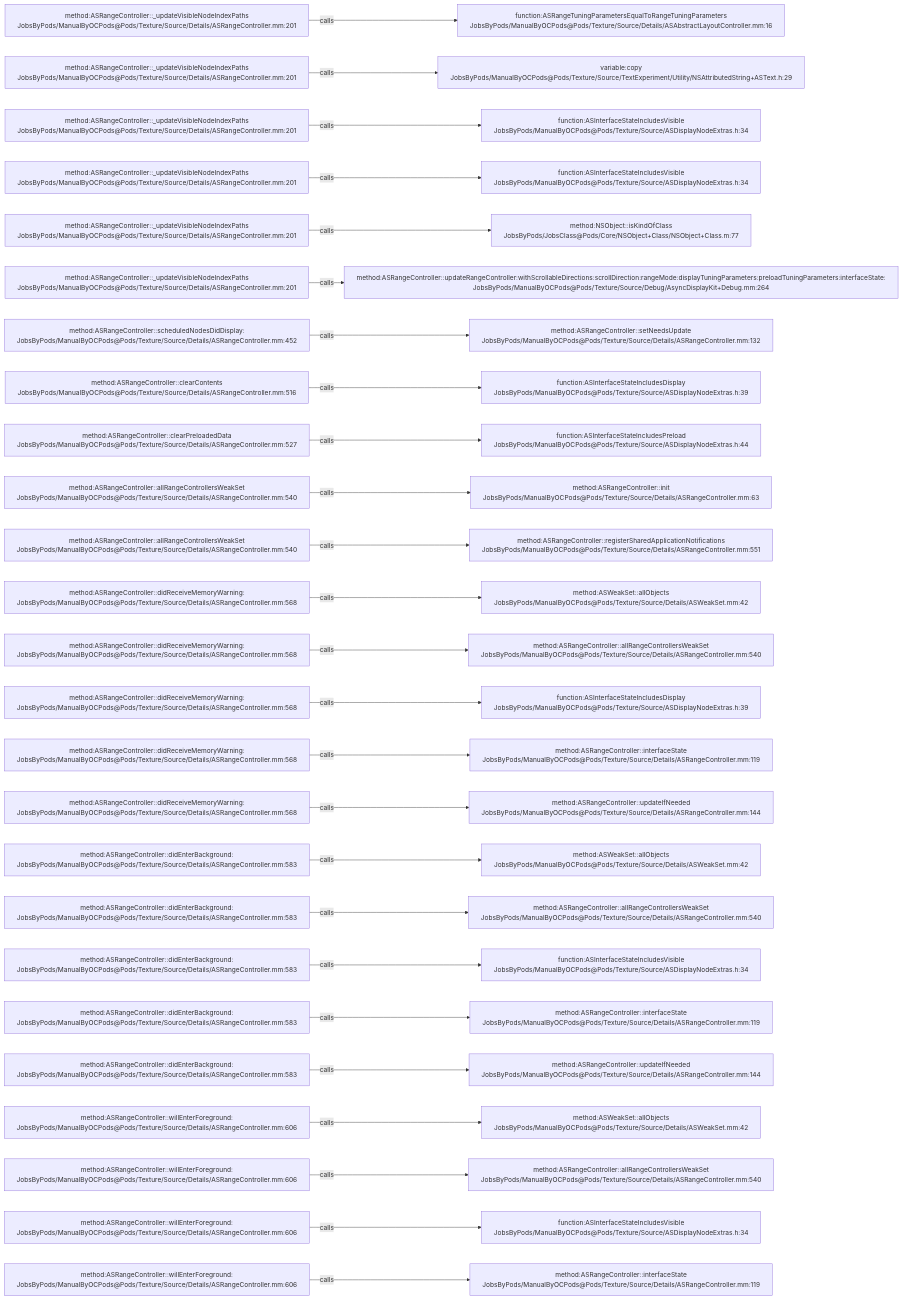
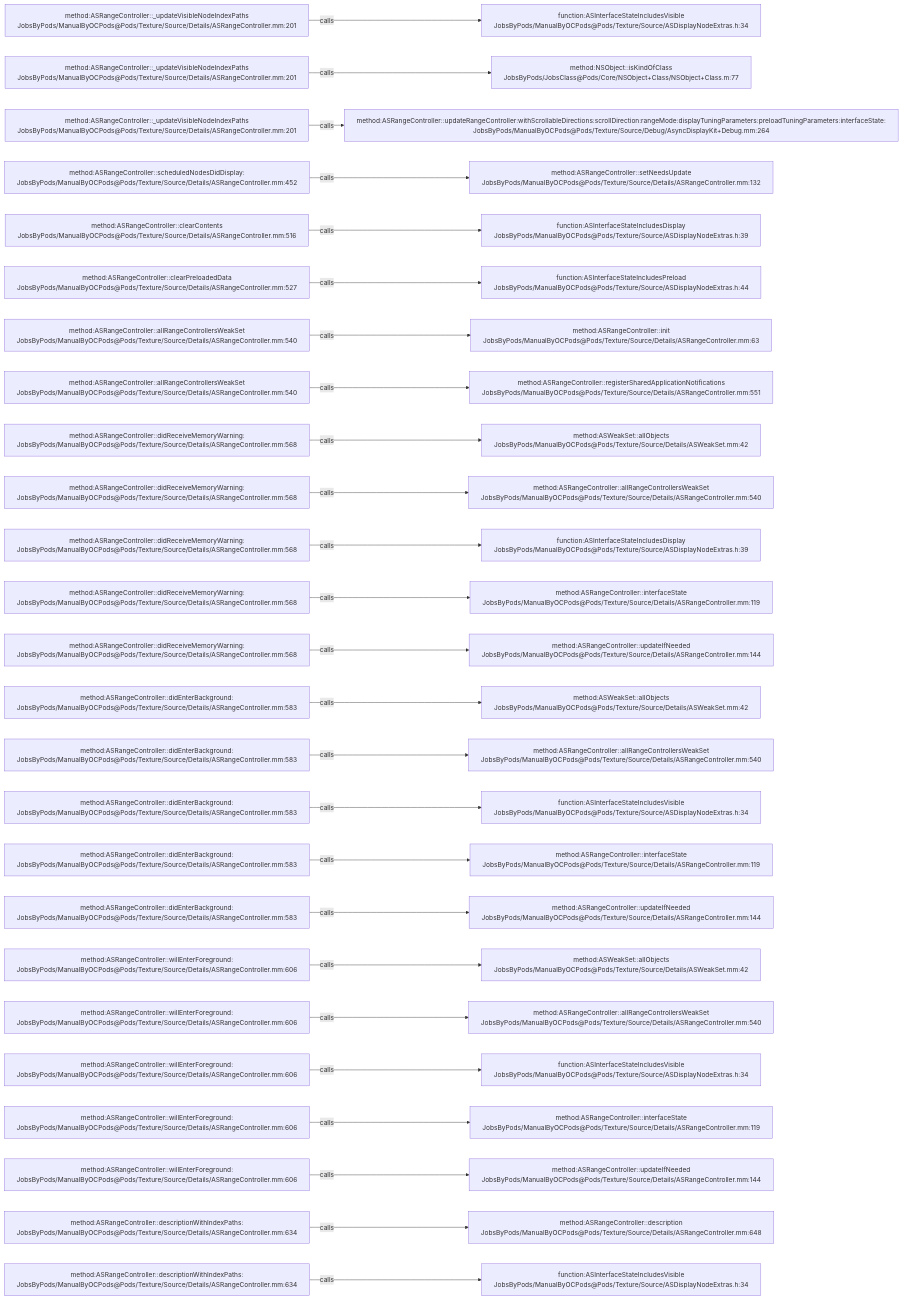
The diagram in .codegraph/codegraph.md/graphs/calls-166.md (JobsKits/JobsOCBaseConfigDemo), drawn with Mermaid before and after one commit. The commit also changed 342 other files, not shown here.

````diff
--- a/.codegraph/codegraph.md/graphs/calls-166.md
+++ b/.codegraph/codegraph.md/graphs/calls-166.md
@@ -13,78 +13,78 @@
 ```mermaid
 flowchart LR
   S1["method:ASRangeController::_updateVisibleNodeIndexPaths<br/>JobsByPods/ManualByOCPods@Pods/Texture/Source/Details/ASRangeController.mm:201"]
-  T1["function:ASRangeTuningParametersEqualToRangeTuningParameters<br/>JobsByPods/ManualByOCPods@Pods/Texture/Source/Details/ASAbstractLayoutController.mm:16"]
+  T1["function:ASInterfaceStateIncludesVisible<br/>JobsByPods/ManualByOCPods@Pods/Texture/Source/ASDisplayNodeExtras.h:34"]
   S1 -->|calls| T1
   S2["method:ASRangeController::_updateVisibleNodeIndexPaths<br/>JobsByPods/ManualByOCPods@Pods/Texture/Source/Details/ASRangeController.mm:201"]
-  T2["variable:copy<br/>JobsByPods/ManualByOCPods@Pods/Texture/Source/TextExperiment/Utility/NSAttributedString+ASText.h:29"]
+  T2["method:NSObject::isKindOfClass<br/>JobsByPods/JobsClass@Pods/Core/NSObject+Class/NSObject+Class.m:77"]
   S2 -->|calls| T2
   S3["method:ASRangeController::_updateVisibleNodeIndexPaths<br/>JobsByPods/ManualByOCPods@Pods/Texture/Source/Details/ASRangeController.mm:201"]
-  T3["function:ASInterfaceStateIncludesVisible<br/>JobsByPods/ManualByOCPods@Pods/Texture/Source/ASDisplayNodeExtras.h:34"]
+  T3["method:ASRangeController::updateRangeController:withScrollableDirections:scrollDirection:rangeMode:displayTuningParameters:preloadTuningParameters:interfaceState:<br/>JobsByPods/ManualByOCPods@Pods/Texture/Source/Debug/AsyncDisplayKit+Debug.mm:264"]
   S3 -->|calls| T3
-  S4["method:ASRangeController::_updateVisibleNodeIndexPaths<br/>JobsByPods/ManualByOCPods@Pods/Texture/Source/Details/ASRangeController.mm:201"]
-  T4["function:ASInterfaceStateIncludesVisible<br/>JobsByPods/ManualByOCPods@Pods/Texture/Source/ASDisplayNodeExtras.h:34"]
+  S4["method:ASRangeController::scheduledNodesDidDisplay:<br/>JobsByPods/ManualByOCPods@Pods/Texture/Source/Details/ASRangeController.mm:452"]
+  T4["method:ASRangeController::setNeedsUpdate<br/>JobsByPods/ManualByOCPods@Pods/Texture/Source/Details/ASRangeController.mm:132"]
   S4 -->|calls| T4
-  S5["method:ASRangeController::_updateVisibleNodeIndexPaths<br/>JobsByPods/ManualByOCPods@Pods/Texture/Source/Details/ASRangeController.mm:201"]
-  T5["method:NSObject::isKindOfClass<br/>JobsByPods/JobsClass@Pods/Core/NSObject+Class/NSObject+Class.m:77"]
+  S5["method:ASRangeController::clearContents<br/>JobsByPods/ManualByOCPods@Pods/Texture/Source/Details/ASRangeController.mm:516"]
+  T5["function:ASInterfaceStateIncludesDisplay<br/>JobsByPods/ManualByOCPods@Pods/Texture/Source/ASDisplayNodeExtras.h:39"]
   S5 -->|calls| T5
-  S6["method:ASRangeController::_updateVisibleNodeIndexPaths<br/>JobsByPods/ManualByOCPods@Pods/Texture/Source/Details/ASRangeController.mm:201"]
-  T6["method:ASRangeController::updateRangeController:withScrollableDirections:scrollDirection:rangeMode:displayTuningParameters:preloadTuningParameters:interfaceState:<br/>JobsByPods/ManualByOCPods@Pods/Texture/Source/Debug/AsyncDisplayKit+Debug.mm:264"]
+  S6["method:ASRangeController::clearPreloadedData<br/>JobsByPods/ManualByOCPods@Pods/Texture/Source/Details/ASRangeController.mm:527"]
+  T6["function:ASInterfaceStateIncludesPreload<br/>JobsByPods/ManualByOCPods@Pods/Texture/Source/ASDisplayNodeExtras.h:44"]
   S6 -->|calls| T6
-  S7["method:ASRangeController::scheduledNodesDidDisplay:<br/>JobsByPods/ManualByOCPods@Pods/Texture/Source/Details/ASRangeController.mm:452"]
-  T7["method:ASRangeController::setNeedsUpdate<br/>JobsByPods/ManualByOCPods@Pods/Texture/Source/Details/ASRangeController.mm:132"]
+  S7["method:ASRangeController::allRangeControllersWeakSet<br/>JobsByPods/ManualByOCPods@Pods/Texture/Source/Details/ASRangeController.mm:540"]
+  T7["method:ASRangeController::init<br/>JobsByPods/ManualByOCPods@Pods/Texture/Source/Details/ASRangeController.mm:63"]
   S7 -->|calls| T7
-  S8["method:ASRangeController::clearContents<br/>JobsByPods/ManualByOCPods@Pods/Texture/Source/Details/ASRangeController.mm:516"]
-  T8["function:ASInterfaceStateIncludesDisplay<br/>JobsByPods/ManualByOCPods@Pods/Texture/Source/ASDisplayNodeExtras.h:39"]
+  S8["method:ASRangeController::allRangeControllersWeakSet<br/>JobsByPods/ManualByOCPods@Pods/Texture/Source/Details/ASRangeController.mm:540"]
+  T8["method:ASRangeController::registerSharedApplicationNotifications<br/>JobsByPods/ManualByOCPods@Pods/Texture/Source/Details/ASRangeController.mm:551"]
   S8 -->|calls| T8
-  S9["method:ASRangeController::clearPreloadedData<br/>JobsByPods/ManualByOCPods@Pods/Texture/Source/Details/ASRangeController.mm:527"]
-  T9["function:ASInterfaceStateIncludesPreload<br/>JobsByPods/ManualByOCPods@Pods/Texture/Source/ASDisplayNodeExtras.h:44"]
+  S9["method:ASRangeController::didReceiveMemoryWarning:<br/>JobsByPods/ManualByOCPods@Pods/Texture/Source/Details/ASRangeController.mm:568"]
+  T9["method:ASWeakSet::allObjects<br/>JobsByPods/ManualByOCPods@Pods/Texture/Source/Details/ASWeakSet.mm:42"]
   S9 -->|calls| T9
-  S10["method:ASRangeController::allRangeControllersWeakSet<br/>JobsByPods/ManualByOCPods@Pods/Texture/Source/Details/ASRangeController.mm:540"]
-  T10["method:ASRangeController::init<br/>JobsByPods/ManualByOCPods@Pods/Texture/Source/Details/ASRangeController.mm:63"]
+  S10["method:ASRangeController::didReceiveMemoryWarning:<br/>JobsByPods/ManualByOCPods@Pods/Texture/Source/Details/ASRangeController.mm:568"]
+  T10["method:ASRangeController::allRangeControllersWeakSet<br/>JobsByPods/ManualByOCPods@Pods/Texture/Source/Details/ASRangeController.mm:540"]
   S10 -->|calls| T10
-  S11["method:ASRangeController::allRangeControllersWeakSet<br/>JobsByPods/ManualByOCPods@Pods/Texture/Source/Details/ASRangeController.mm:540"]
-  T11["method:ASRangeController::registerSharedApplicationNotifications<br/>JobsByPods/ManualByOCPods@Pods/Texture/Source/Details/ASRangeController.mm:551"]
+  S11["method:ASRangeController::didReceiveMemoryWarning:<br/>JobsByPods/ManualByOCPods@Pods/Texture/Source/Details/ASRangeController.mm:568"]
+  T11["function:ASInterfaceStateIncludesDisplay<br/>JobsByPods/ManualByOCPods@Pods/Texture/Source/ASDisplayNodeExtras.h:39"]
   S11 -->|calls| T11
   S12["method:ASRangeController::didReceiveMemoryWarning:<br/>JobsByPods/ManualByOCPods@Pods/Texture/Source/Details/ASRangeController.mm:568"]
-  T12["method:ASWeakSet::allObjects<br/>JobsByPods/ManualByOCPods@Pods/Texture/Source/Details/ASWeakSet.mm:42"]
+  T12["method:ASRangeController::interfaceState<br/>JobsByPods/ManualByOCPods@Pods/Texture/Source/Details/ASRangeController.mm:119"]
   S12 -->|calls| T12
   S13["method:ASRangeController::didReceiveMemoryWarning:<br/>JobsByPods/ManualByOCPods@Pods/Texture/Source/Details/ASRangeController.mm:568"]
-  T13["method:ASRangeController::allRangeControllersWeakSet<br/>JobsByPods/ManualByOCPods@Pods/Texture/Source/Details/ASRangeController.mm:540"]
+  T13["method:ASRangeController::updateIfNeeded<br/>JobsByPods/ManualByOCPods@Pods/Texture/Source/Details/ASRangeController.mm:144"]
   S13 -->|calls| T13
-  S14["method:ASRangeController::didReceiveMemoryWarning:<br/>JobsByPods/ManualByOCPods@Pods/Texture/Source/Details/ASRangeController.mm:568"]
-  T14["function:ASInterfaceStateIncludesDisplay<br/>JobsByPods/ManualByOCPods@Pods/Texture/Source/ASDisplayNodeExtras.h:39"]
+  S14["method:ASRangeController::didEnterBackground:<br/>JobsByPods/ManualByOCPods@Pods/Texture/Source/Details/ASRangeController.mm:583"]
+  T14["method:ASWeakSet::allObjects<br/>JobsByPods/ManualByOCPods@Pods/Texture/Source/Details/ASWeakSet.mm:42"]
   S14 -->|calls| T14
-  S15["method:ASRangeController::didReceiveMemoryWarning:<br/>JobsByPods/ManualByOCPods@Pods/Texture/Source/Details/ASRangeController.mm:568"]
-  T15["method:ASRangeController::interfaceState<br/>JobsByPods/ManualByOCPods@Pods/Texture/Source/Details/ASRangeController.mm:119"]
+  S15["method:ASRangeController::didEnterBackground:<br/>JobsByPods/ManualByOCPods@Pods/Texture/Source/Details/ASRangeController.mm:583"]
+  T15["method:ASRangeController::allRangeControllersWeakSet<br/>JobsByPods/ManualByOCPods@Pods/Texture/Source/Details/ASRangeController.mm:540"]
   S15 -->|calls| T15
-  S16["method:ASRangeController::didReceiveMemoryWarning:<br/>JobsByPods/ManualByOCPods@Pods/Texture/Source/Details/ASRangeController.mm:568"]
-  T16["method:ASRangeController::updateIfNeeded<br/>JobsByPods/ManualByOCPods@Pods/Texture/Source/Details/ASRangeController.mm:144"]
+  S16["method:ASRangeController::didEnterBackground:<br/>JobsByPods/ManualByOCPods@Pods/Texture/Source/Details/ASRangeController.mm:583"]
+  T16["function:ASInterfaceStateIncludesVisible<br/>JobsByPods/ManualByOCPods@Pods/Texture/Source/ASDisplayNodeExtras.h:34"]
   S16 -->|calls| T16
   S17["method:ASRangeController::didEnterBackground:<br/>JobsByPods/ManualByOCPods@Pods/Texture/Source/Details/ASRangeController.mm:583"]
-  T17["method:ASWeakSet::allObjects<br/>JobsByPods/ManualByOCPods@Pods/Texture/Source/Details/ASWeakSet.mm:42"]
+  T17["method:ASRangeController::interfaceState<br/>JobsByPods/ManualByOCPods@Pods/Texture/Source/Details/ASRangeController.mm:119"]
   S17 -->|calls| T17
   S18["method:ASRangeController::didEnterBackground:<br/>JobsByPods/ManualByOCPods@Pods/Texture/Source/Details/ASRangeController.mm:583"]
-  T18["method:ASRangeController::allRangeControllersWeakSet<br/>JobsByPods/ManualByOCPods@Pods/Texture/Source/Details/ASRangeController.mm:540"]
+  T18["method:ASRangeController::updateIfNeeded<br/>JobsByPods/ManualByOCPods@Pods/Texture/Source/Details/ASRangeController.mm:144"]
   S18 -->|calls| T18
-  S19["method:ASRangeController::didEnterBackground:<br/>JobsByPods/ManualByOCPods@Pods/Texture/Source/Details/ASRangeController.mm:583"]
-  T19["function:ASInterfaceStateIncludesVisible<br/>JobsByPods/ManualByOCPods@Pods/Texture/Source/ASDisplayNodeExtras.h:34"]
+  S19["method:ASRangeController::willEnterForeground:<br/>JobsByPods/ManualByOCPods@Pods/Texture/Source/Details/ASRangeController.mm:606"]
+  T19["method:ASWeakSet::allObjects<br/>JobsByPods/ManualByOCPods@Pods/Texture/Source/Details/ASWeakSet.mm:42"]
   S19 -->|calls| T19
-  S20["method:ASRangeController::didEnterBackground:<br/>JobsByPods/ManualByOCPods@Pods/Texture/Source/Details/ASRangeController.mm:583"]
-  T20["method:ASRangeController::interfaceState<br/>JobsByPods/ManualByOCPods@Pods/Texture/Source/Details/ASRangeController.mm:119"]
+  S20["method:ASRangeController::willEnterForeground:<br/>JobsByPods/ManualByOCPods@Pods/Texture/Source/Details/ASRangeController.mm:606"]
+  T20["method:ASRangeController::allRangeControllersWeakSet<br/>JobsByPods/ManualByOCPods@Pods/Texture/Source/Details/ASRangeController.mm:540"]
   S20 -->|calls| T20
-  S21["method:ASRangeController::didEnterBackground:<br/>JobsByPods/ManualByOCPods@Pods/Texture/Source/Details/ASRangeController.mm:583"]
-  T21["method:ASRangeController::updateIfNeeded<br/>JobsByPods/ManualByOCPods@Pods/Texture/Source/Details/ASRangeController.mm:144"]
+  S21["method:ASRangeController::willEnterForeground:<br/>JobsByPods/ManualByOCPods@Pods/Texture/Source/Details/ASRangeController.mm:606"]
+  T21["function:ASInterfaceStateIncludesVisible<br/>JobsByPods/ManualByOCPods@Pods/Texture/Source/ASDisplayNodeExtras.h:34"]
   S21 -->|calls| T21
   S22["method:ASRangeController::willEnterForeground:<br/>JobsByPods/ManualByOCPods@Pods/Texture/Source/Details/ASRangeController.mm:606"]
-  T22["method:ASWeakSet::allObjects<br/>JobsByPods/ManualByOCPods@Pods/Texture/Source/Details/ASWeakSet.mm:42"]
+  T22["method:ASRangeController::interfaceState<br/>JobsByPods/ManualByOCPods@Pods/Texture/Source/Details/ASRangeController.mm:119"]
   S22 -->|calls| T22
   S23["method:ASRangeController::willEnterForeground:<br/>JobsByPods/ManualByOCPods@Pods/Texture/Source/Details/ASRangeController.mm:606"]
-  T23["method:ASRangeController::allRangeControllersWeakSet<br/>JobsByPods/ManualByOCPods@Pods/Texture/Source/Details/ASRangeController.mm:540"]
+  T23["method:ASRangeController::updateIfNeeded<br/>JobsByPods/ManualByOCPods@Pods/Texture/Source/Details/ASRangeController.mm:144"]
   S23 -->|calls| T23
-  S24["method:ASRangeController::willEnterForeground:<br/>JobsByPods/ManualByOCPods@Pods/Texture/Source/Details/ASRangeController.mm:606"]
-  T24["function:ASInterfaceStateIncludesVisible<br/>JobsByPods/ManualByOCPods@Pods/Texture/Source/ASDisplayNodeExtras.h:34"]
+  S24["method:ASRangeController::descriptionWithIndexPaths:<br/>JobsByPods/ManualByOCPods@Pods/Texture/Source/Details/ASRangeController.mm:634"]
+  T24["method:ASRangeController::description<br/>JobsByPods/ManualByOCPods@Pods/Texture/Source/Details/ASRangeController.mm:648"]
   S24 -->|calls| T24
-  S25["method:ASRangeController::willEnterForeground:<br/>JobsByPods/ManualByOCPods@Pods/Texture/Source/Details/ASRangeController.mm:606"]
-  T25["method:ASRangeController::interfaceState<br/>JobsByPods/ManualByOCPods@Pods/Texture/Source/Details/ASRangeController.mm:119"]
+  S25["method:ASRangeController::descriptionWithIndexPaths:<br/>JobsByPods/ManualByOCPods@Pods/Texture/Source/Details/ASRangeController.mm:634"]
+  T25["function:ASInterfaceStateIncludesVisible<br/>JobsByPods/ManualByOCPods@Pods/Texture/Source/ASDisplayNodeExtras.h:34"]
   S25 -->|calls| T25
 ```
````
